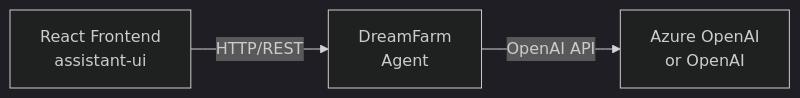
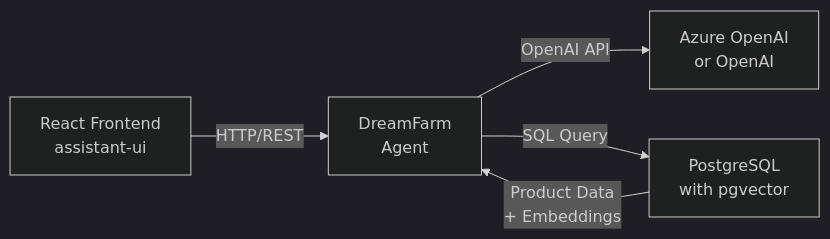
One commit to omg1492/ai-agents-advanced changed the first of 3 diagrams in docs/Design.md. Above: the diagram before and after it, drawn with Mermaid (dark theme). The commit also changed other lines of this file and 14 other files, not shown here.

````diff
--- a/docs/Design.md
+++ b/docs/Design.md
@@ -18,5 +18,7 @@
 ```mermaid
 graph LR
     A[React Frontend<br/>assistant-ui] -->|HTTP/REST| B[DreamFarm<br/>Agent]
     B -->|OpenAI API| C[Azure OpenAI<br/>or OpenAI]
+    B -->|SQL Query| D[PostgreSQL<br/>with pgvector]
+    D -->|Product Data<br/>+ Embeddings| B
 ```
````
